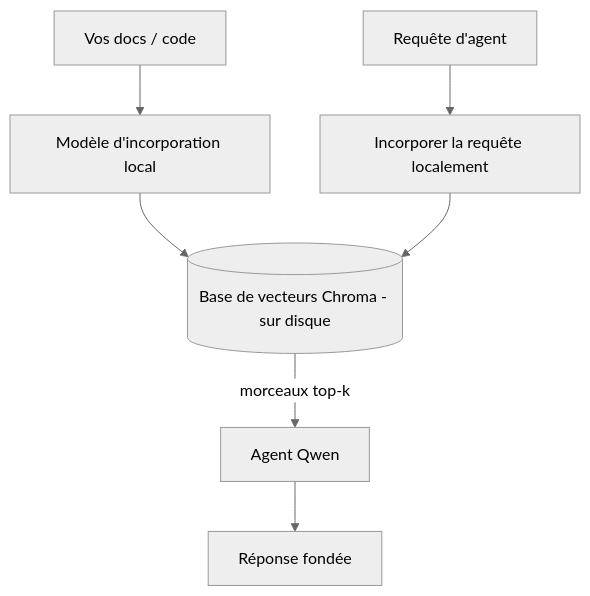
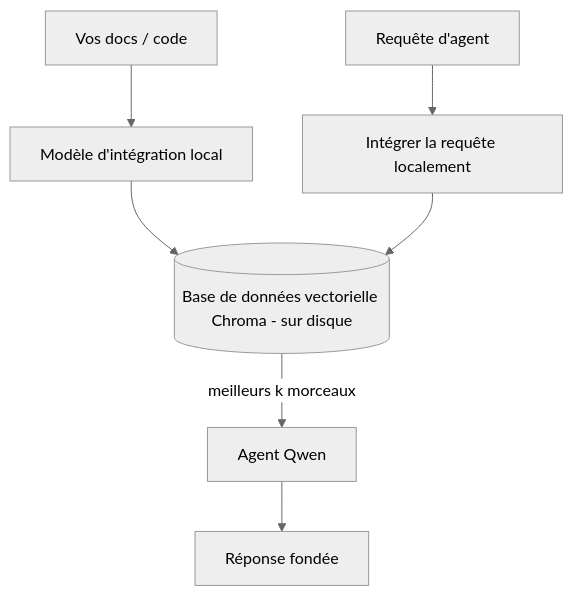
The third of 4 diagrams in translations/fr/17-creating-local-ai-agents/README.md (microsoft/ai-agents-for-beginners), drawn with Mermaid (neutral theme) before and after one commit. The commit also changed other lines of this file and 47 other files, not shown here.

````diff
--- a/translations/fr/17-creating-local-ai-agents/README.md
+++ b/translations/fr/17-creating-local-ai-agents/README.md
@@ -125,9 +125,9 @@
 ```mermaid
 flowchart TB
-    D[Vos docs / code] --> E[Modèle d'incorporation local]
-    E --> V[(Base de vecteurs Chroma - sur disque)]
-    Q[Requête d'agent] --> QE[Incorporer la requête localement]
+    D[Vos docs / code] --> E[Modèle d'intégration local]
+    E --> V[(Base de données vectorielle Chroma - sur disque)]
+    Q[Requête d'agent] --> QE[Intégrer la requête localement]
     QE --> V
-    V -->|morceaux top-k| A[Agent Qwen]
+    V -->|meilleurs k morceaux| A[Agent Qwen]
     A --> Ans[Réponse fondée]
 ```
````
